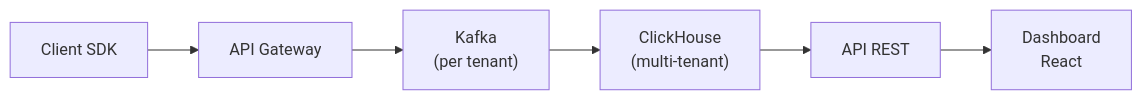
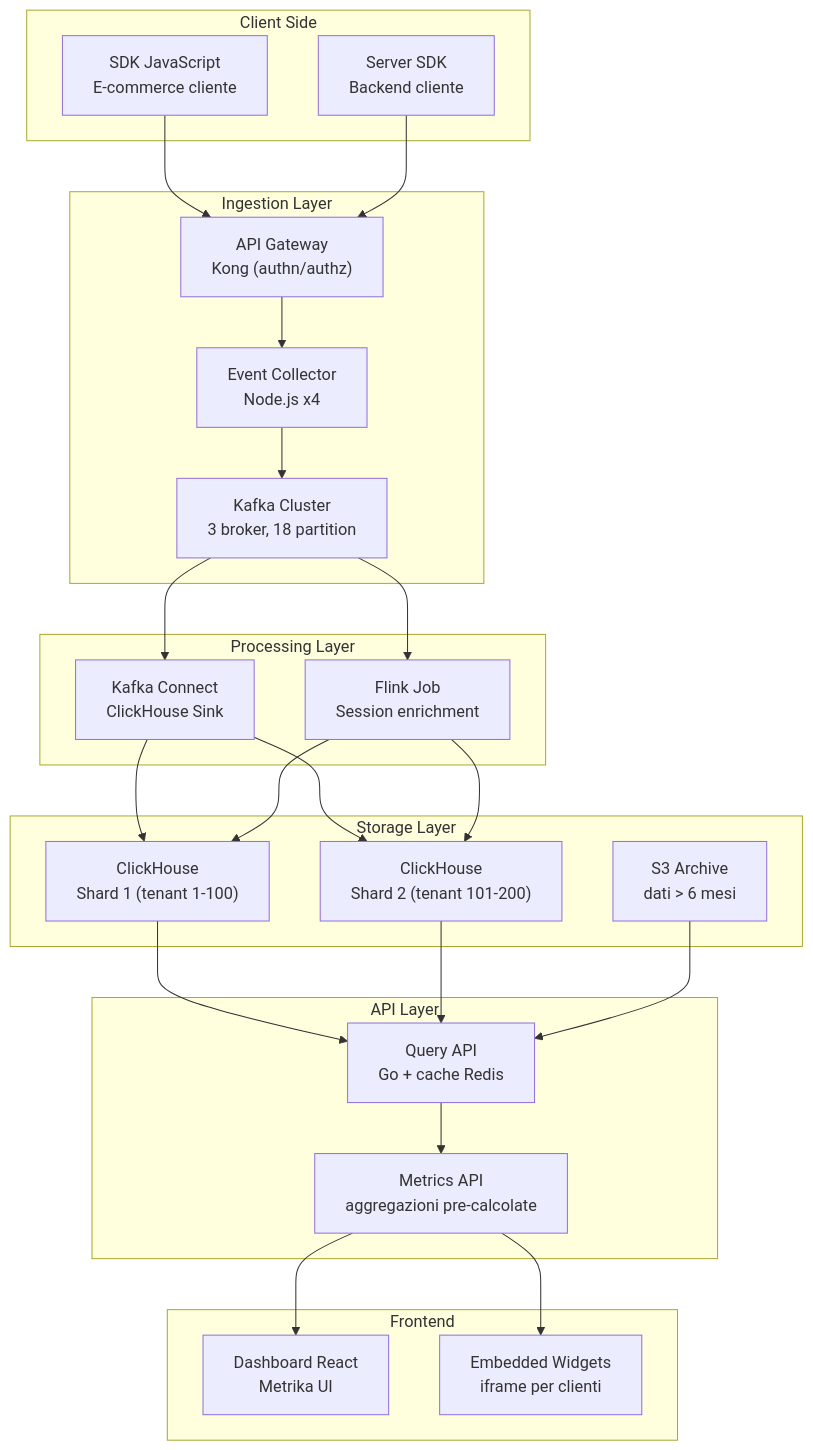
The diagram in src/content/corso/real-time-analytics/caso-studio.mdx (AndreyBertasini/gynnitech), drawn with Mermaid before and after one commit. The commit also changed other lines of this file and 14 other files, not shown here.

````diff
--- a/src/content/corso/real-time-analytics/caso-studio.mdx
+++ b/src/content/corso/real-time-analytics/caso-studio.mdx
@@ -22,8 +74,51 @@
 ```mermaid
-graph LR
-    A["Client SDK"] --> B["API Gateway"]
-    B --> C["Kafka<br>(per tenant)"]
-    C --> D["ClickHouse<br>(multi-tenant)"]
-    D --> E["API REST"]
-    E --> F["Dashboard<br>React"]
+graph TB
+    subgraph "Client Side"
+        A["SDK JavaScript<br>E-commerce cliente"]
+        B["Server SDK<br>Backend cliente"]
+    end
+
+    subgraph "Ingestion Layer"
+        C["API Gateway<br>Kong (authn/authz)"]
+        D["Event Collector<br>Node.js x4"]
+        E["Kafka Cluster<br>3 broker, 18 partition"]
+    end
+
+    subgraph "Processing Layer"
+        F["Kafka Connect<br>ClickHouse Sink"]
+        G["Flink Job<br>Session enrichment"]
+    end
+
+    subgraph "Storage Layer"
+        H["ClickHouse<br>Shard 1 (tenant 1-100)"]
+        I["ClickHouse<br>Shard 2 (tenant 101-200)"]
+        J["S3 Archive<br>dati > 6 mesi"]
+    end
+
+    subgraph "API Layer"
+        K["Query API<br>Go + cache Redis"]
+        L["Metrics API<br>aggregazioni pre-calcolate"]
+    end
+
+    subgraph "Frontend"
+        M["Dashboard React<br>Metrika UI"]
+        N["Embedded Widgets<br>iframe per clienti"]
+    end
+
+    A --> C
+    B --> C
+    C --> D
+    D --> E
+    E --> F
+    E --> G
+    F --> H
+    F --> I
+    G --> H
+    G --> I
+    H --> K
+    I --> K
+    J --> K
+    K --> L
+    L --> M
+    L --> N
 ```
````
